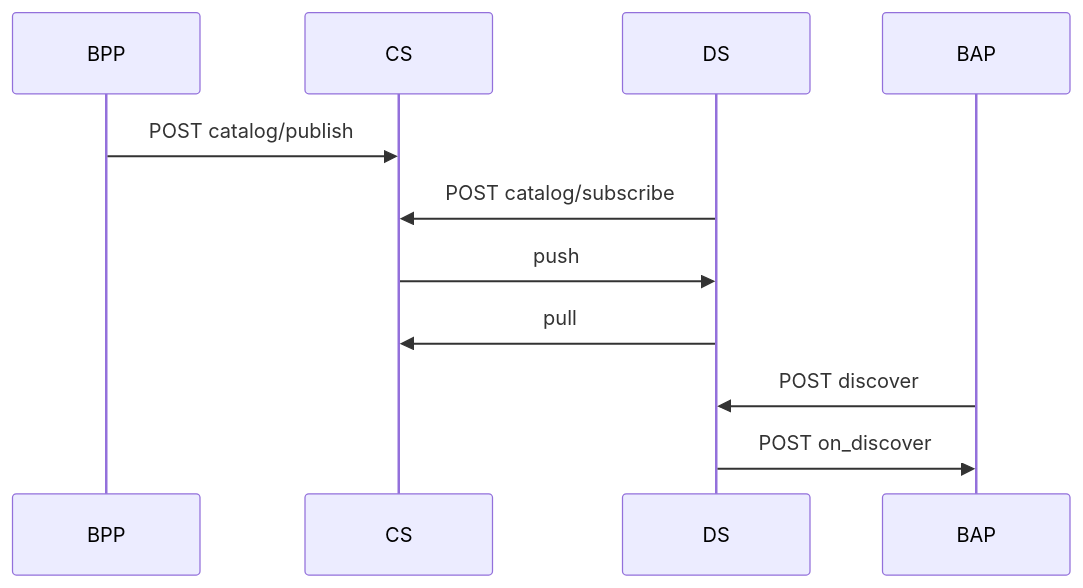
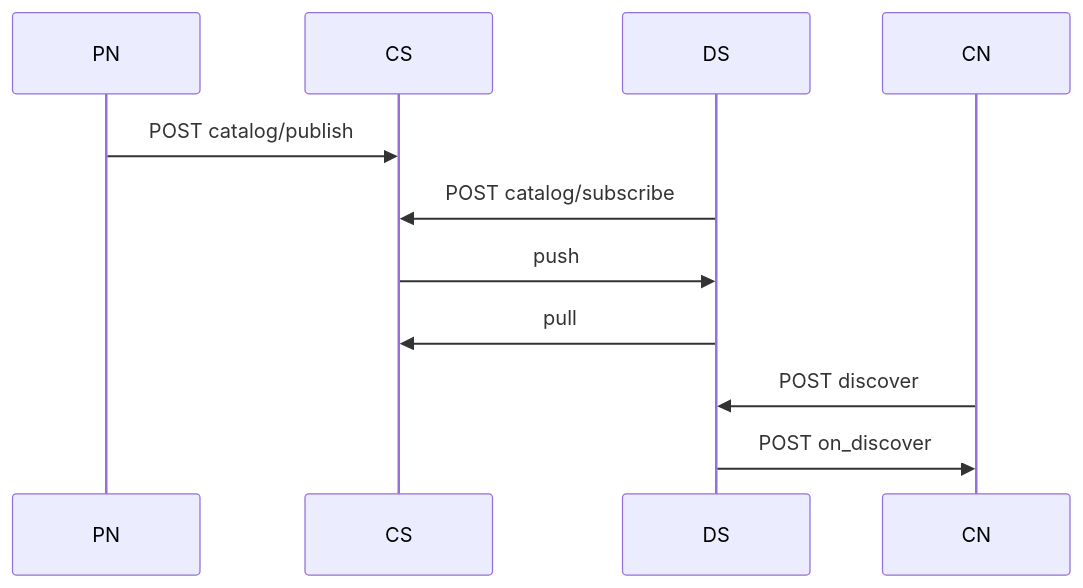
One commit to louislarry/protocol-specifications-v2 changed the fourth of 4 diagrams in docs/The_Beckn_Protocol_Stack.md. Above: the diagram before and after it, drawn with Mermaid. The commit also changed other lines of this file and 8 other files, not shown here.

First line of the commit message:
Rename BAP/BPP terminology to Consumer Node (CN) / Provider Node (PN)

````diff
--- a/docs/The_Beckn_Protocol_Stack.md
+++ b/docs/The_Beckn_Protocol_Stack.md
@@ -199,15 +199,15 @@
 ```mermaid
 sequenceDiagram
-    participant BPP
+    participant PN
     participant CS
     participant DS
-    participant BAP
+    participant CN
 
-    BPP->>CS: POST catalog/publish
+    PN->>CS: POST catalog/publish
     DS->>CS: POST catalog/subscribe
     CS->>DS: push
     DS->>CS: pull
-    BAP->>DS: POST discover
-    DS->>BAP: POST on_discover
+    CN->>DS: POST discover
+    DS->>CN: POST on_discover
 
 ```
````
